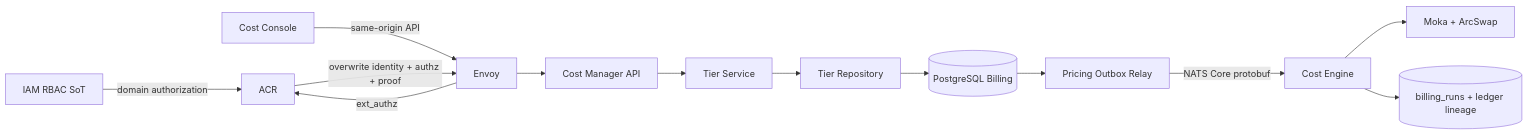
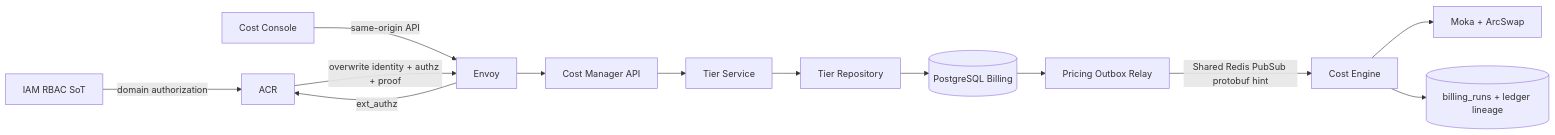
One commit to phucle996/aurora changed the first of 4 diagrams in god_view/billing/tier_catalog_god_view.md. Above: the diagram before and after it, drawn with Mermaid. The commit also changed other lines of this file and 137 other files, not shown here.

Commit message:
refactor: migrate infrastructure communication from NATS to Redis across controlplane, dataplane, notification-service, cost-manager, and acr modules

````diff
--- a/god_view/billing/tier_catalog_god_view.md
+++ b/god_view/billing/tier_catalog_god_view.md
@@ -37,15 +37,15 @@
 ```mermaid
 flowchart LR
     IAM[IAM RBAC SoT] -->|domain authorization| ACR[ACR]
     UI[Cost Console] -->|same-origin API| ENV[Envoy]
     ENV -->|ext_authz| ACR
     ACR -->|overwrite identity + authz + proof| ENV
     ENV --> API[Cost Manager API]
     API --> SVC[Tier Service]
     SVC --> REPO[Tier Repository]
     REPO --> DB[(PostgreSQL Billing)]
     DB --> OUTBOX[Pricing Outbox Relay]
-    OUTBOX -->|NATS Core protobuf| ENGINE[Cost Engine]
+    OUTBOX -->|Shared Redis PubSub protobuf hint| ENGINE[Cost Engine]
     ENGINE --> CACHE[Moka + ArcSwap]
     ENGINE --> RUN[(billing_runs + ledger lineage)]
 ```
````
